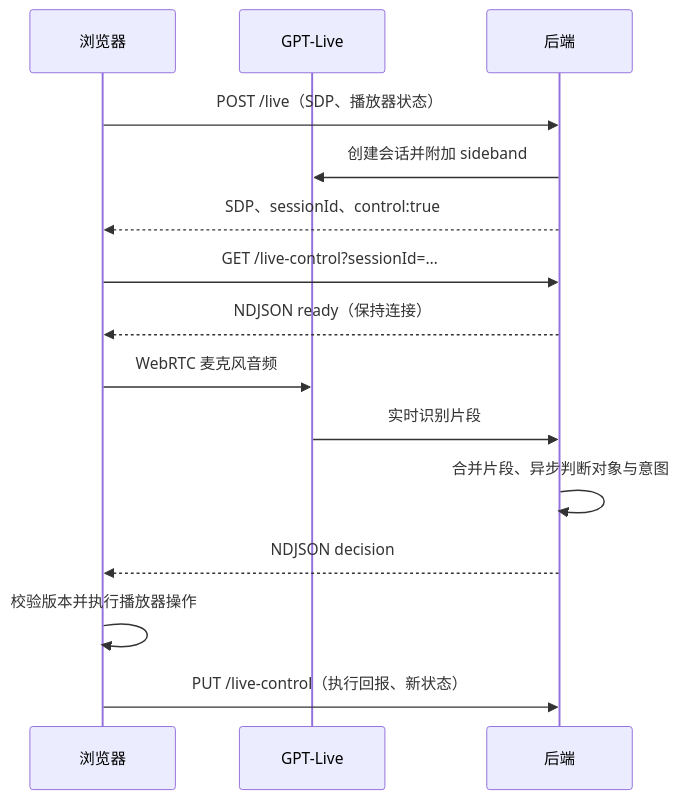
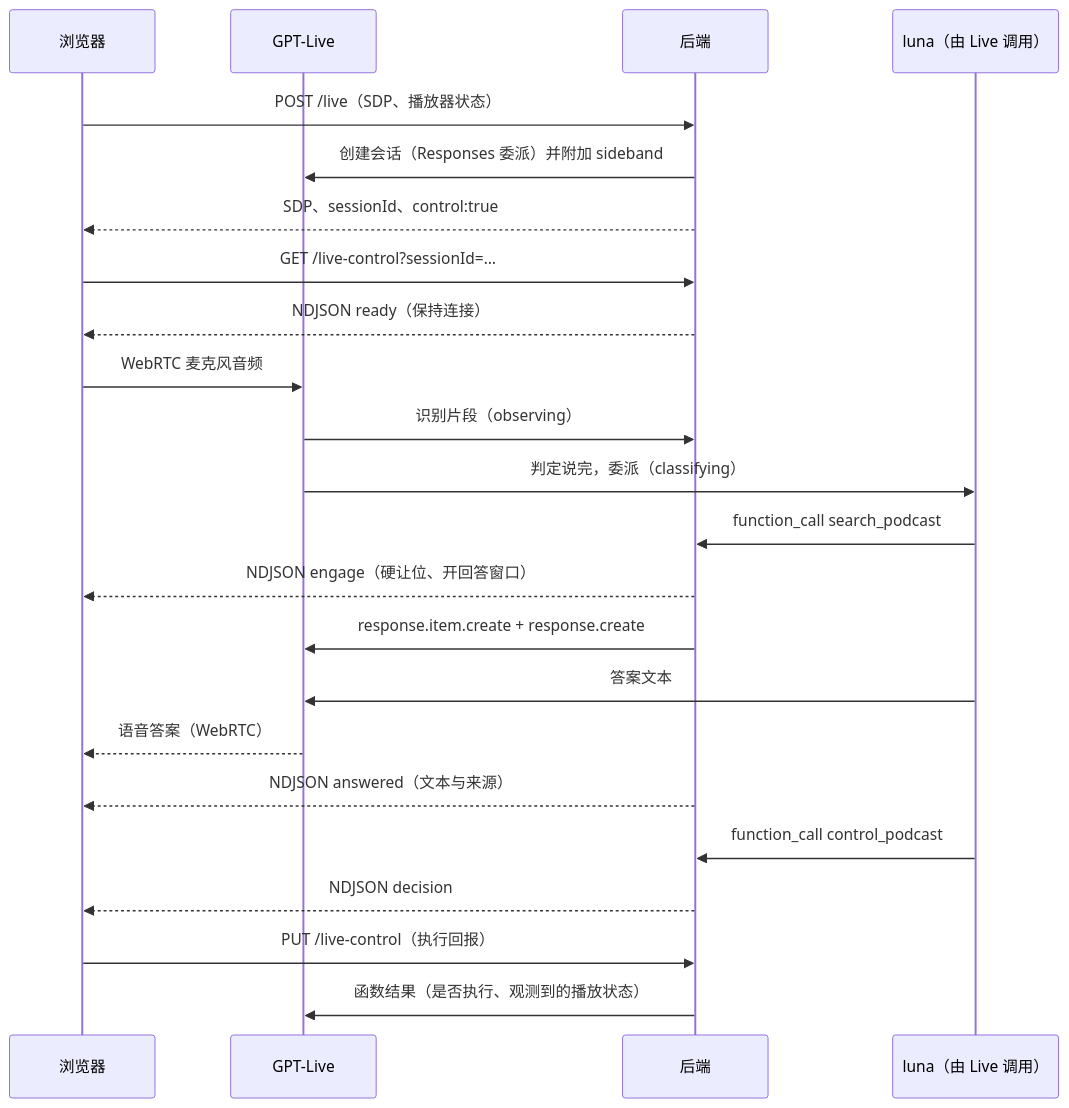
Before and after one commit to Zhang-JiahangH/aside: the diagram in .docs/server-voice-control.md, drawn with Mermaid. The commit also changed other lines of this file and 27 other files, not shown here.

First line of the commit message:
feat: run voice sessions on GPT-Live Responses delegation

````diff
--- a/.docs/server-voice-control.md
+++ b/.docs/server-voice-control.md
@@ -21,17 +23,25 @@
 ```mermaid
 sequenceDiagram
   participant Browser as 浏览器
   participant Live as GPT-Live
   participant Server as 后端
+  participant Luna as luna（由 Live 调用）
   Browser->>Server: POST /live（SDP、播放器状态）
-  Server->>Live: 创建会话并附加 sideband
+  Server->>Live: 创建会话（Responses 委派）并附加 sideband
   Server-->>Browser: SDP、sessionId、control:true
   Browser->>Server: GET /live-control?sessionId=…
   Server-->>Browser: NDJSON ready（保持连接）
   Browser->>Live: WebRTC 麦克风音频
-  Live->>Server: 实时识别片段
-  Server->>Server: 合并片段、异步判断对象与意图
+  Live->>Server: 识别片段（observing）
+  Live->>Luna: 判定说完，委派（classifying）
+  Luna->>Server: function_call search_podcast
+  Server-->>Browser: NDJSON engage（硬让位、开回答窗口）
+  Server->>Live: response.item.create + response.create
+  Luna->>Live: 答案文本
+  Live-->>Browser: 语音答案（WebRTC）
+  Server-->>Browser: NDJSON answered（文本与来源）
+  Luna->>Server: function_call control_podcast
   Server-->>Browser: NDJSON decision
-  Browser->>Browser: 校验版本并执行播放器操作
-  Browser->>Server: PUT /live-control（执行回报、新状态）
+  Browser->>Server: PUT /live-control（执行回报）
+  Server->>Live: 函数结果（是否执行、观测到的播放状态）
 ```
````
